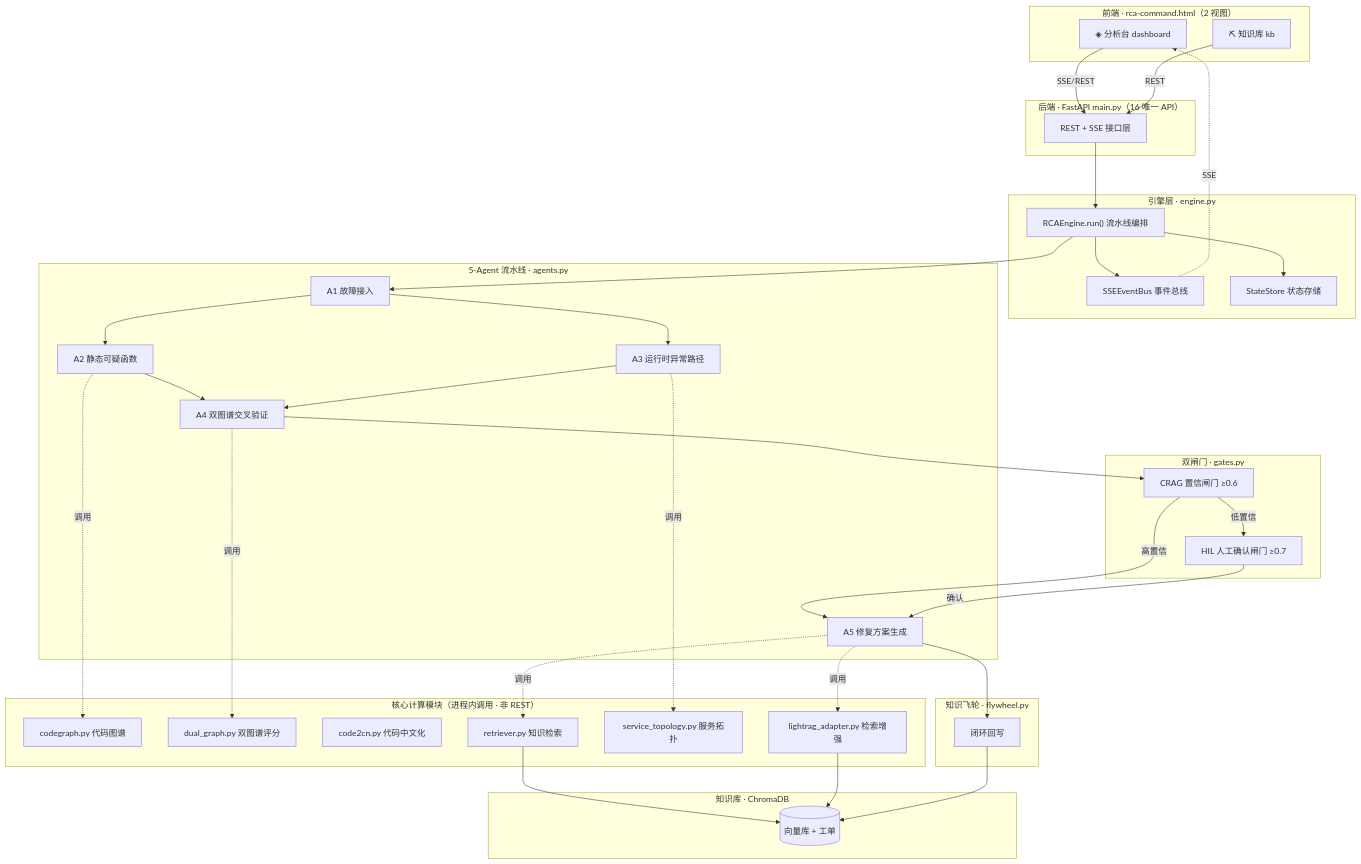
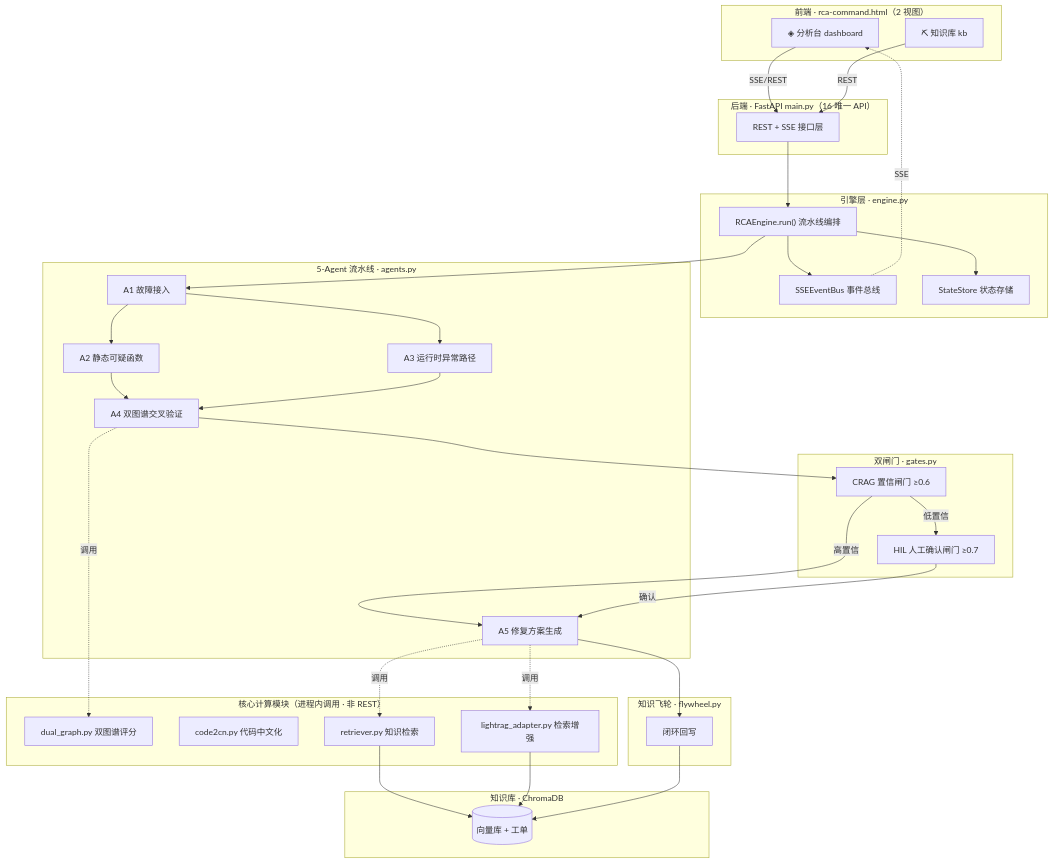
Before and after one commit to bigDataZWH/AutoBugFix: the first of 4 diagrams in ARCHITECTURE.md, drawn with Mermaid. The commit also changed other lines of this file, not shown here.

````diff
--- a/ARCHITECTURE.md
+++ b/ARCHITECTURE.md
@@ -24,72 +24,68 @@
 ```mermaid
 flowchart TB
     subgraph FE["前端 · rca-command.html（2 视图）"]
         UI1["◈ 分析台 dashboard"]
         UI2["⛏ 知识库 kb"]
     end
 
     subgraph BE["后端 · FastAPI main.py（16 唯一 API）"]
         API["REST + SSE 接口层"]
     end
 
     subgraph ENG["引擎层 · engine.py"]
         BUS["SSEEventBus 事件总线"]
         STORE["StateStore 状态存储"]
         RUN["RCAEngine.run() 流水线编排"]
     end
 
     subgraph PIPE["5-Agent 流水线 · agents.py"]
         A1["A1 故障接入"]
         A2["A2 静态可疑函数"]
         A3["A3 运行时异常路径"]
         A4["A4 双图谱交叉验证"]
         A5["A5 修复方案生成"]
     end
 
     subgraph GATE["双闸门 · gates.py"]
         CRAG["CRAG 置信闸门 ≥0.6"]
         HIL["HIL 人工确认闸门 ≥0.7"]
     end
 
     subgraph CORE["核心计算模块（进程内调用 · 非 REST）"]
-        CG["codegraph.py 代码图谱"]
         DG["dual_graph.py 双图谱评分"]
         C2CN["code2cn.py 代码中文化"]
         LR["lightrag_adapter.py 检索增强"]
-        ST["service_topology.py 服务拓扑"]
         RET["retriever.py 知识检索"]
     end
 
     subgraph KB["知识库 · ChromaDB"]
         DB[("向量库 + 工单")]
     end
 
     subgraph FW["知识飞轮 · flywheel.py"]
         WB["闭环回写"]
     end
 
     UI1 -->|SSE/REST| API
     UI2 -->|REST| API
     API --> RUN
     RUN --> BUS
     RUN --> STORE
     RUN --> A1
     A1 --> A2
     A1 --> A3
     A2 --> A4
     A3 --> A4
     A4 --> CRAG
     CRAG -->|低置信| HIL
     CRAG -->|高置信| A5
     HIL -->|确认| A5
-    A2 -.调用.-> CG
-    A3 -.调用.-> ST
     A4 -.调用.-> DG
     A5 -.调用.-> RET
     A5 -.调用.-> LR
     RET --> DB
     LR --> DB
     A5 --> WB
     WB --> DB
     BUS -.SSE.-> UI1
 ```
````
